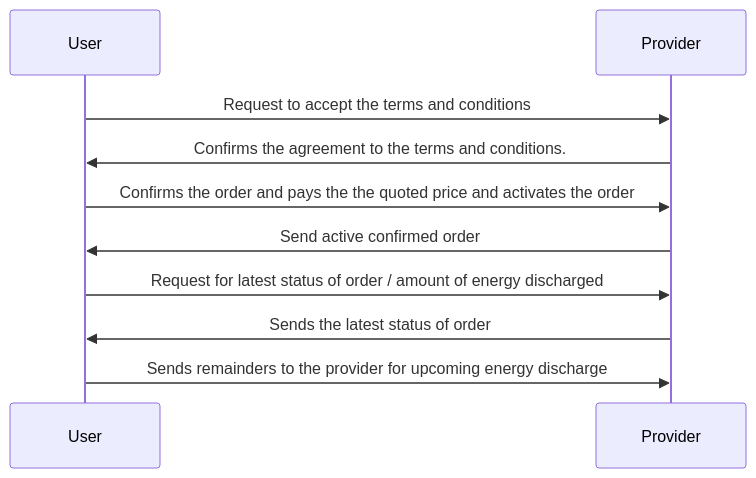
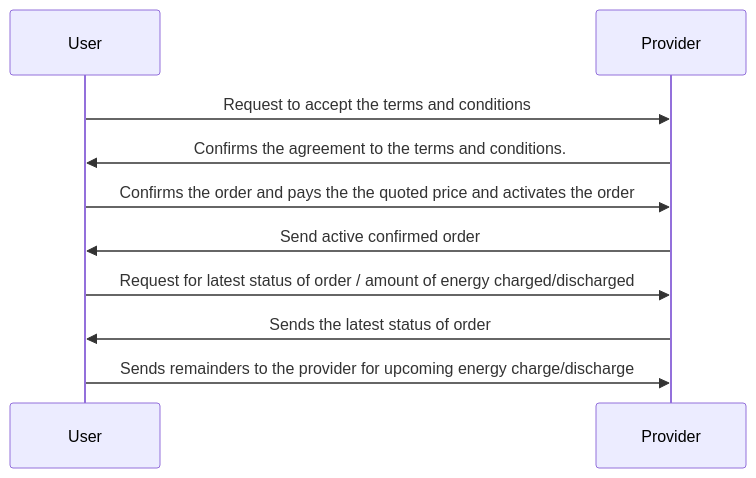
The seventh of 8 diagrams in docs/implementation-guides/General_Energy_Transaction_2.md (Sudheesh2609/DENT-Protocol), drawn with Mermaid before and after one commit. The commit also changed other lines of this file, not shown here.

Commit message:
Completed General_Energy_Transaction_2.md

````diff
--- a/docs/implementation-guides/General_Energy_Transaction_2.md
+++ b/docs/implementation-guides/General_Energy_Transaction_2.md
@@ -215,10 +217,10 @@
 ```mermaid
     sequenceDiagram
     User->>Provider: Request to accept the terms and conditions
     Provider->>User: Confirms the agreement to the terms and conditions.
     User->>Provider: Confirms the order and pays the the quoted price and activates the order
     Provider->>User: Send active confirmed order
-    User->>Provider: Request for latest status of order / amount of energy discharged
+    User->>Provider: Request for latest status of order / amount of energy charged/discharged
     Provider->>User: Sends the latest status of order
-    User->>Provider: Sends remainders to the provider for upcoming energy discharge
+    User->>Provider: Sends remainders to the provider for upcoming energy charge/discharge
 ```
````
